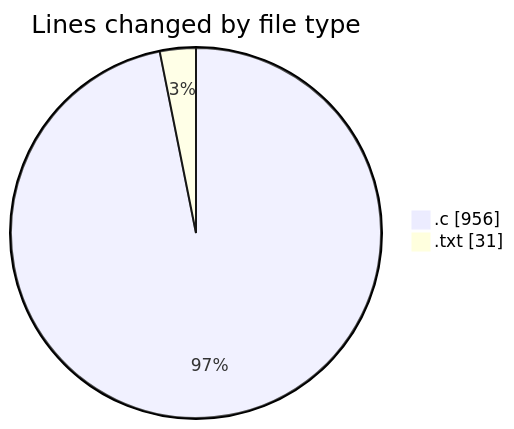
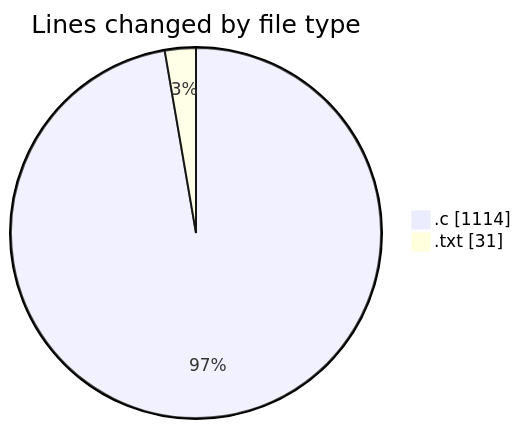
Before and after one commit to Ritupan-Deka/code-tracking: the first of 2 diagrams in 2025-01-26/search/README.md, drawn with Mermaid. The commit also changed other lines of this file and 1 other file, not shown here.

````diff
--- a/2025-01-26/search/README.md
+++ b/2025-01-26/search/README.md
@@ -22,6 +22,6 @@
 ```mermaid
 pie showData
 title Lines changed by file type
-".c" : 956
+".c" : 1114
 ".txt" : 31
 ```
````
